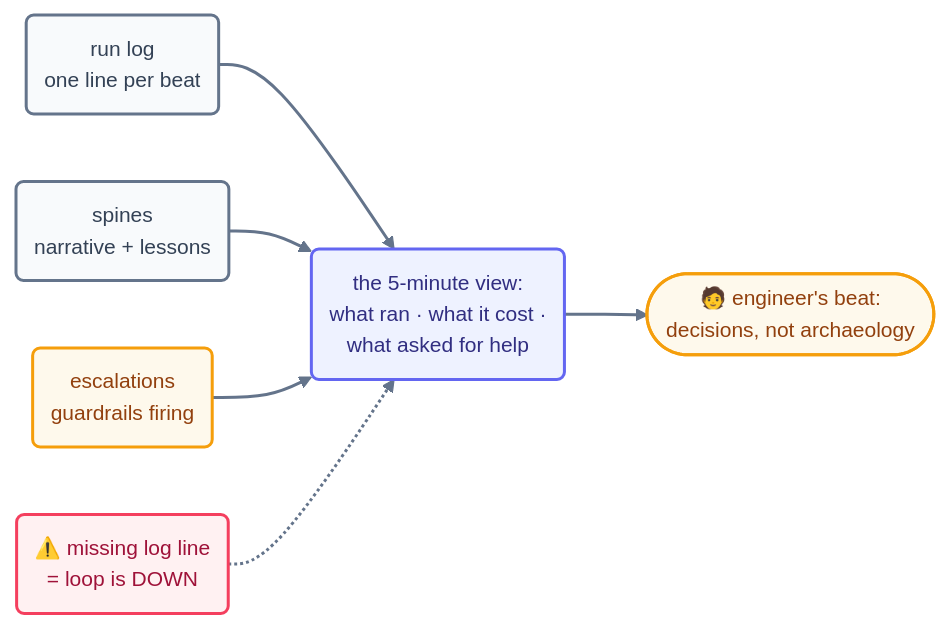
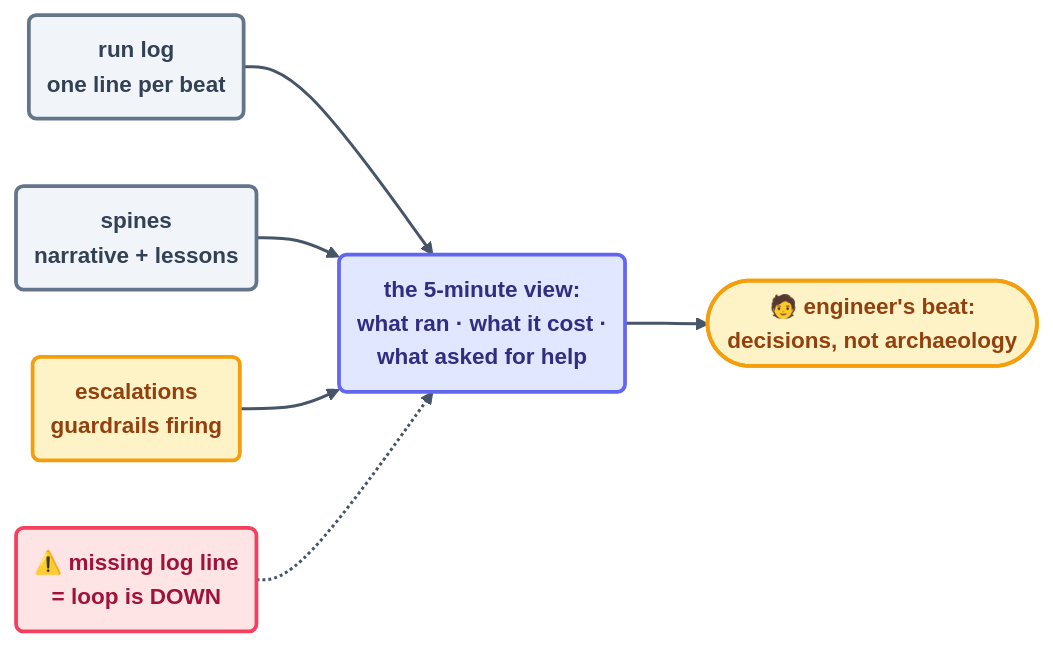
One commit to ayeshakhalid192007-dev/LoopEngineering-CrashCourse changed the diagram in docs/10-operating/observability.md. Above: the diagram before and after it, drawn with Mermaid. The commit also changed 66 other files, not shown here.

First line of the commit message:
docs(diagrams): visibly bolder pass — deeper fills, heavier strokes, semibold labels

````diff
--- a/docs/10-operating/observability.md
+++ b/docs/10-operating/observability.md
@@ -49,15 +49,15 @@
 ```mermaid
-%%{init: {'theme':'base','themeVariables':{'fontFamily':'ui-sans-serif, system-ui, sans-serif','fontSize':'14px','lineColor':'#64748b','edgeLabelBackground':'#f8fafc'},'flowchart':{'curve':'basis','nodeSpacing':45,'rankSpacing':55,'padding':12}}}%%
+%%{init: {'theme':'base','themeVariables':{'fontFamily':'ui-sans-serif, system-ui, sans-serif','fontSize':'15px','lineColor':'#475569','edgeLabelBackground':'#f8fafc'},'flowchart':{'curve':'basis','nodeSpacing':45,'rankSpacing':55,'padding':12}}}%%
 flowchart LR
     L("run log<br/>one line per beat"):::file --> V("the 5-minute view:<br/>what ran · what it cost ·<br/>what asked for help"):::step
     S("spines<br/>narrative + lessons"):::file --> V
     E("escalations<br/>guardrails firing"):::warn --> V
     V --> H(["🧑 engineer's beat:<br/>decisions, not archaeology"]):::human
     SIL("⚠️ missing log line<br/>= loop is DOWN"):::limit -.-> V
-    linkStyle default stroke:#64748b,stroke-width:2px;
-    classDef file fill:#f8fafc,stroke:#64748b,stroke-width:2px,color:#334155;
-    classDef step fill:#eef2ff,stroke:#6366f1,stroke-width:2px,color:#312e81;
-    classDef warn fill:#fef9ec,stroke:#f59e0b,stroke-width:2px,color:#92400e;
-    classDef limit fill:#fff1f2,stroke:#f43f5e,stroke-width:2px,color:#9f1239;
-    classDef human fill:#fef9ec,stroke:#f59e0b,stroke-width:2px,color:#92400e;
+    linkStyle default stroke:#475569,stroke-width:2px;
+    classDef file fill:#f1f5f9,stroke:#64748b,stroke-width:2.5px,color:#334155,font-weight:600;
+    classDef step fill:#e0e7ff,stroke:#6366f1,stroke-width:2.5px,color:#312e81,font-weight:600;
+    classDef warn fill:#fef3c7,stroke:#f59e0b,stroke-width:2.5px,color:#92400e,font-weight:600;
+    classDef limit fill:#ffe4e6,stroke:#f43f5e,stroke-width:2.5px,color:#9f1239,font-weight:600;
+    classDef human fill:#fef3c7,stroke:#f59e0b,stroke-width:2.5px,color:#92400e,font-weight:600;
 ```
````
